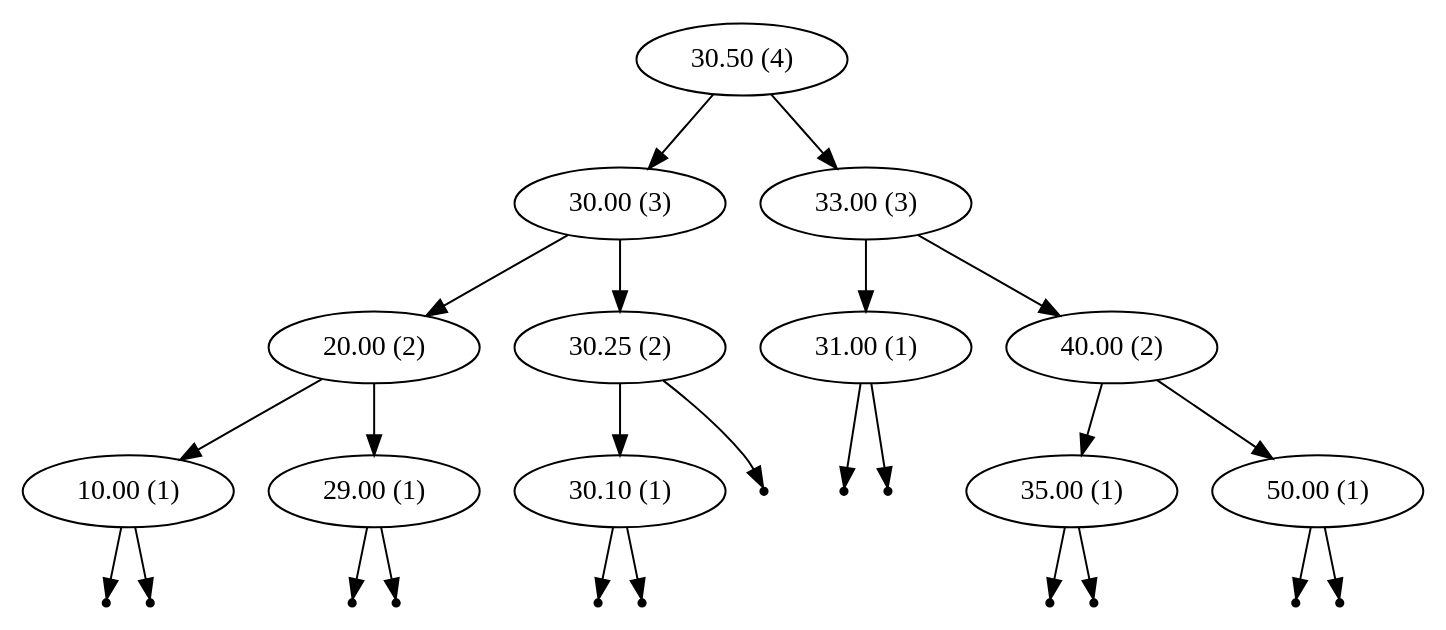
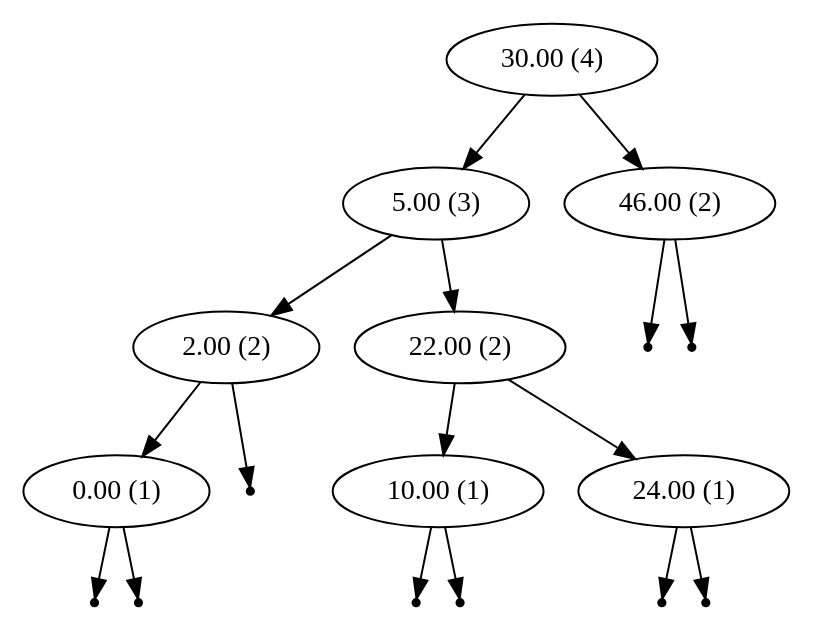
One commit to cerdogan/Job changed the diagram in AVL_Trees/graph.dot. Above: the diagram before and after it, drawn with Graphviz. The commit also changed 2 other files, not shown here.

```diff
--- a/AVL_Trees/graph.dot
+++ b/AVL_Trees/graph.dot
@@ -1,41 +1,29 @@
 digraph {
 graph [ordering="out"]
-"30.50 (4)"
-"30.50 (4)" -> "30.00 (3)"
-"30.00 (3)" -> "20.00 (2)"
-"20.00 (2)" -> "10.00 (1)"
+"30.00 (4)"
+"30.00 (4)" -> "5.00 (3)"
+"5.00 (3)" -> "2.00 (2)"
+"2.00 (2)" -> "0.00 (1)"
+"null0.00-0" [shape=point];
+"0.00 (1)" -> "null0.00-0";
+"null0.00-1" [shape=point];
+"0.00 (1)" -> "null0.00-1";
+"null2.00-1" [shape=point];
+"2.00 (2)" -> "null2.00-1";
+"5.00 (3)" -> "22.00 (2)"
+"22.00 (2)" -> "10.00 (1)"
 "null10.00-0" [shape=point];
 "10.00 (1)" -> "null10.00-0";
 "null10.00-1" [shape=point];
 "10.00 (1)" -> "null10.00-1";
-"20.00 (2)" -> "29.00 (1)"
-"null29.00-0" [shape=point];
-"29.00 (1)" -> "null29.00-0";
-"null29.00-1" [shape=point];
-"29.00 (1)" -> "null29.00-1";
-"30.00 (3)" -> "30.25 (2)"
-"30.25 (2)" -> "30.10 (1)"
-"null30.10-0" [shape=point];
-"30.10 (1)" -> "null30.10-0";
-"null30.10-1" [shape=point];
-"30.10 (1)" -> "null30.10-1";
-"null30.25-1" [shape=point];
-"30.25 (2)" -> "null30.25-1";
-"30.50 (4)" -> "33.00 (3)"
-"33.00 (3)" -> "31.00 (1)"
-"null31.00-0" [shape=point];
-"31.00 (1)" -> "null31.00-0";
-"null31.00-1" [shape=point];
-"31.00 (1)" -> "null31.00-1";
-"33.00 (3)" -> "40.00 (2)"
-"40.00 (2)" -> "35.00 (1)"
-"null35.00-0" [shape=point];
-"35.00 (1)" -> "null35.00-0";
-"null35.00-1" [shape=point];
-"35.00 (1)" -> "null35.00-1";
-"40.00 (2)" -> "50.00 (1)"
-"null50.00-0" [shape=point];
-"50.00 (1)" -> "null50.00-0";
-"null50.00-1" [shape=point];
-"50.00 (1)" -> "null50.00-1";
+"22.00 (2)" -> "24.00 (1)"
+"null24.00-0" [shape=point];
+"24.00 (1)" -> "null24.00-0";
+"null24.00-1" [shape=point];
+"24.00 (1)" -> "null24.00-1";
+"30.00 (4)" -> "46.00 (2)"
+"null46.00-0" [shape=point];
+"46.00 (2)" -> "null46.00-0";
+"null46.00-1" [shape=point];
+"46.00 (2)" -> "null46.00-1";
 }
```
